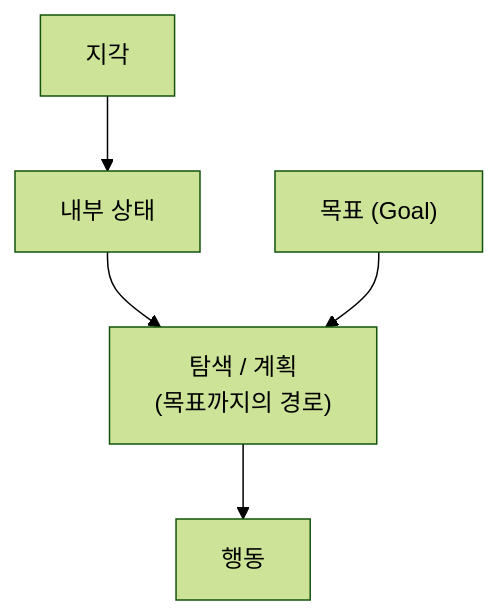
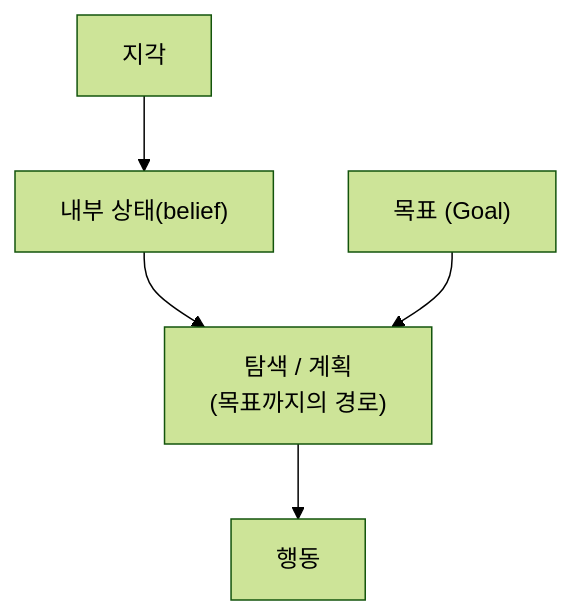
The sixth of 13 diagrams in _posts/2026-05-20-what-is-an-agent.md (wonbeomjang/wonbeomjang.github.io), drawn with Mermaid (forest theme) before and after one commit. The commit also changed other lines of this file, not shown here.

````diff
--- a/_posts/2026-05-20-what-is-an-agent.md
+++ b/_posts/2026-05-20-what-is-an-agent.md
@@ -124,7 +216,7 @@
 ```mermaid
 graph TD
-    P["지각"] --> ST["내부 상태"]
+    P["지각"] --> ST["내부 상태(belief)"]
     ST --> PL["탐색 / 계획<br/>(목표까지의 경로)"]
     G["목표 (Goal)"] --> PL
     PL --> A["행동"]
 ```
````
